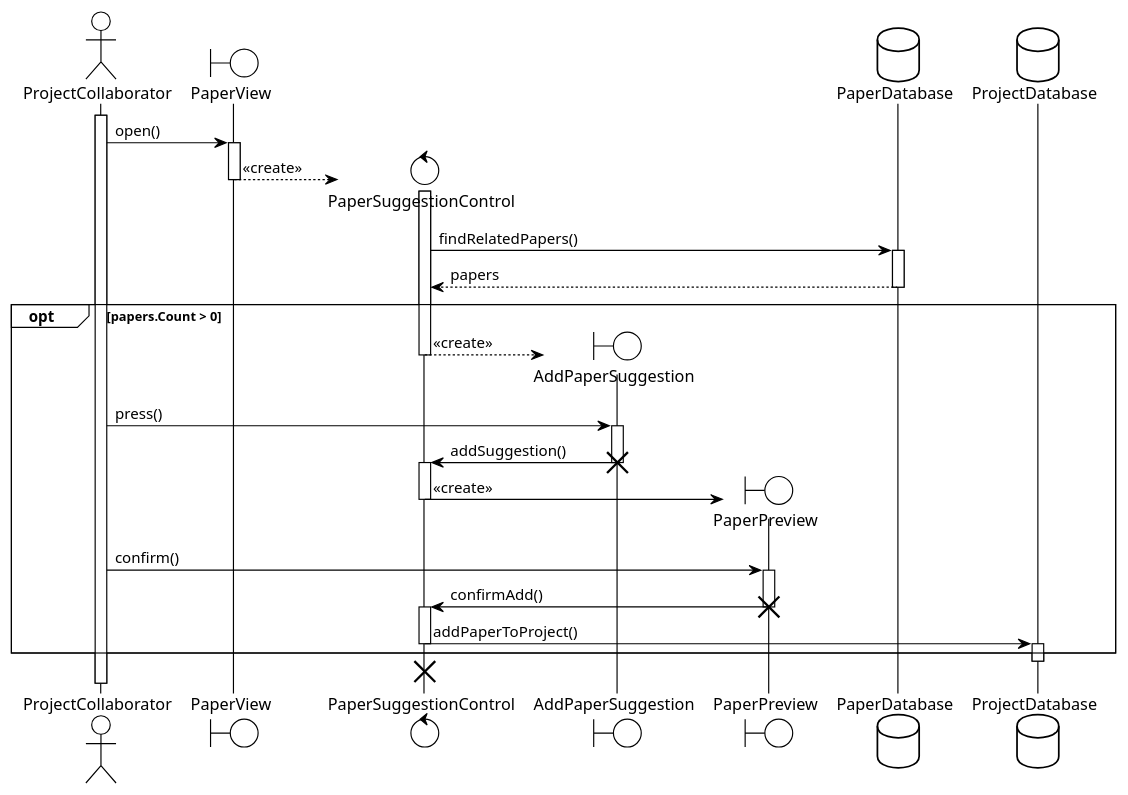
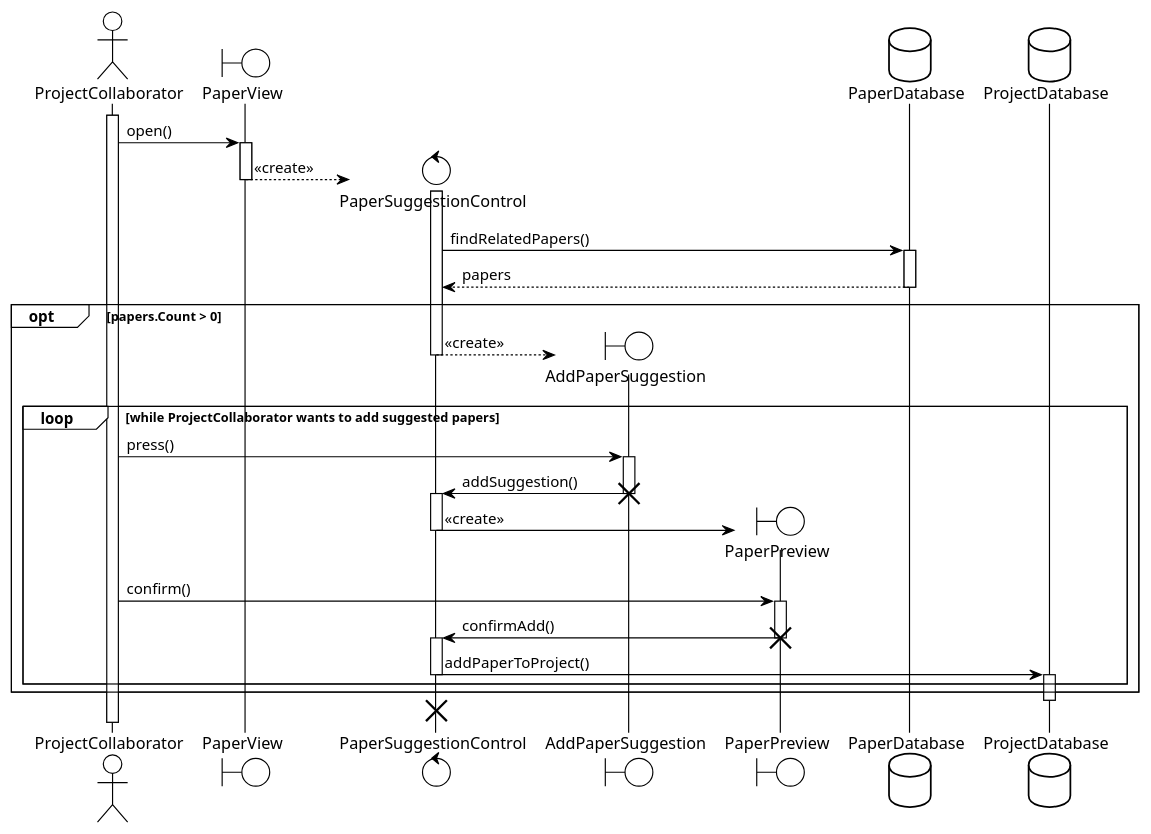
Before and after one commit to BlueMango10/Project-uml: the diagram in Use case sequence diagrams/AddSuggestedPaper.puml, drawn with PlantUML. The commit also changed 1 other file, not shown here.

Commit message:
Fix AddSuggestedPaper to reflect control lifetime

```diff
--- a/Use case sequence diagrams/AddSuggestedPaper.puml
+++ b/Use case sequence diagrams/AddSuggestedPaper.puml
@@ -1,58 +1,61 @@
 @startuml AddSuggestedPaper
 !theme plain
 actor ProjectCollaborator as pc
 boundary PaperView as pv
 control PaperSuggestionControl as psc
 boundary AddPaperSuggestion as aps
 boundary PaperPreview as pp
 database PaperDatabase as pd
 database ProjectDatabase as pd2
 
 activate pc
 
 pc -> pv : open()
 activate pv
 
 create psc
 pv --> psc : <<create>>
 activate psc
 deactivate pv
 
 psc -> pd : findRelatedPapers()
 activate pd
 pd --> psc : papers
 deactivate pd
 
 opt papers.Count > 0
 
 	create aps
 	psc --> aps : <<create>>
 	deactivate psc
 
-	pc -> aps : press()
-	activate aps
+	loop while ProjectCollaborator wants to add suggested papers
 
-	aps -> psc : addSuggestion()
-	destroy aps
-	activate psc
+		pc -> aps : press()
+		activate aps
 
-	create pp
-	psc -> pp : <<create>>
-	deactivate psc
+		aps -> psc : addSuggestion()
+		destroy aps
+		activate psc
 
-	pc -> pp : confirm()
-	activate pp
+		create pp
+		psc -> pp : <<create>>
+		deactivate psc
 
-	pp -> psc : confirmAdd()
-	destroy pp
-	activate psc
+		pc -> pp : confirm()
+		activate pp
 
-	psc -> pd2 : addPaperToProject()
-	deactivate psc
-	activate pd2
+		pp -> psc : confirmAdd()
+		destroy pp
+		activate psc
 
+		psc -> pd2 : addPaperToProject()
+		deactivate psc
+		activate pd2
+
+	end
 end
 deactivate pd2
 
 destroy psc
 @enduml
```
